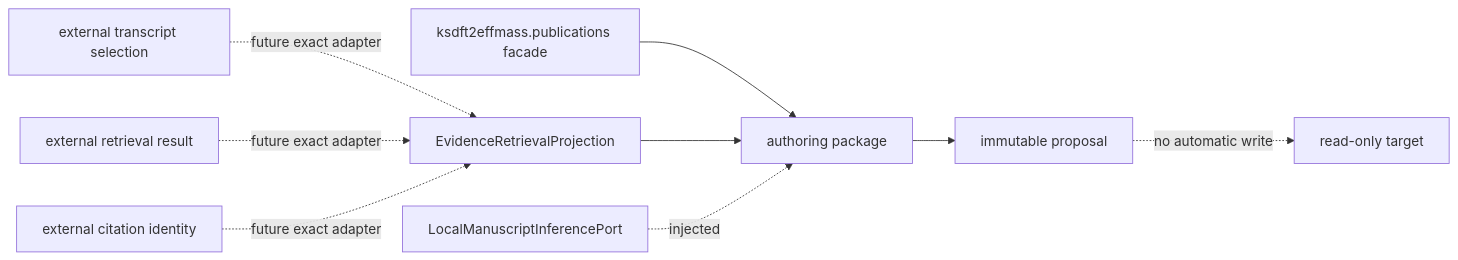
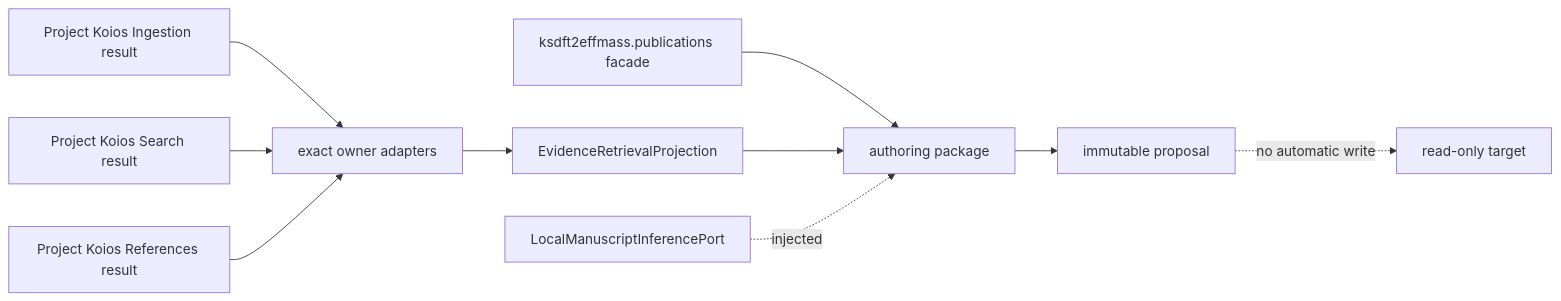
One commit to eragasa/ksdft2effmass changed the diagram in docs/architecture/ksdft2effmass/publications/schematic.md. Above: the diagram before and after it, drawn with Mermaid. The commit also changed 42 other files, not shown here.

Commit message:
Compose exact Project Koios authoring inputs

````diff
--- a/docs/architecture/ksdft2effmass/publications/schematic.md
+++ b/docs/architecture/ksdft2effmass/publications/schematic.md
@@ -3,11 +3,12 @@
 ```mermaid
 flowchart LR
     Facade["ksdft2effmass.publications facade"] --> Authoring["authoring package"]
-    Ingestion["external transcript selection"] -. "future exact adapter" .-> Projection["EvidenceRetrievalProjection"]
-    Retrieval["external retrieval result"] -. "future exact adapter" .-> Projection
-    References["external citation identity"] -. "future exact adapter" .-> Projection
+    Ingestion["Project Koios Ingestion result"] --> Adapters["exact owner adapters"]
+    Retrieval["Project Koios Search result"] --> Adapters
+    References["Project Koios References result"] --> Adapters
+    Adapters --> Projection["EvidenceRetrievalProjection"]
     Projection --> Authoring
     Inference["LocalManuscriptInferencePort"] -. "injected" .-> Authoring
     Authoring --> Proposal["immutable proposal"]
     Proposal -. "no automatic write" .-> Target["read-only target"]
 ```
````
